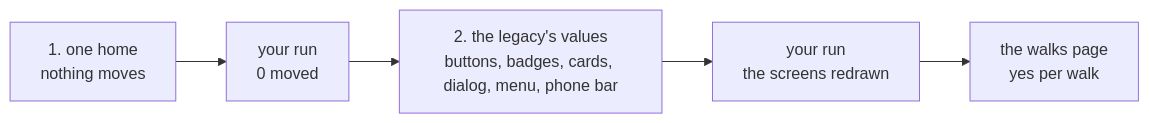
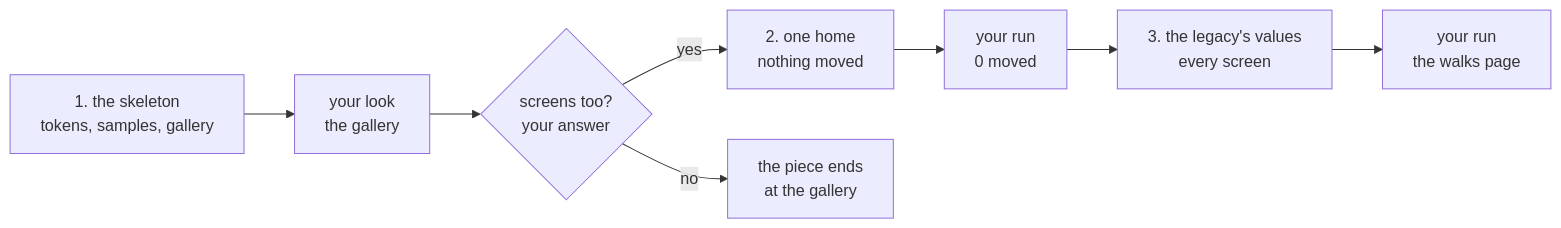
One commit to ancJ29/credo changed the diagram in docs/plans/2026-11-12-design-system.md. Above: the diagram before and after it, drawn with Mermaid. The commit also changed other lines of this file and 1 other file, not shown here.

First line of the commit message:
docs(plans): the design system starts with a skeleton - tokens, six samples in three levels, a gallery

````diff
--- a/docs/plans/2026-11-12-design-system.md
+++ b/docs/plans/2026-11-12-design-system.md
@@ -14,7 +14,8 @@
 ```mermaid
 flowchart LR
-  home["1. one home<br/>nothing moves"] --> run1["your run<br/>0 moved"]
-  run1 --> values["2. the legacy's values<br/>buttons, badges, cards, dialog, menu, phone bar"]
-  values --> run2["your run<br/>the screens redrawn"]
-  run2 --> look["the walks page<br/>yes per walk"]
+  skel["1. the skeleton<br/>tokens, samples, gallery"] --> look1["your look<br/>the gallery"]
+  look1 --> ask{"screens too?<br/>your answer"}
+  ask -- yes --> home["2. one home<br/>nothing moved"] --> run1["your run<br/>0 moved"]
+  run1 --> values["3. the legacy's values<br/>every screen"] --> run2["your run<br/>the walks page"]
+  ask -- no --> stop["the piece ends<br/>at the gallery"]
 ```
````
